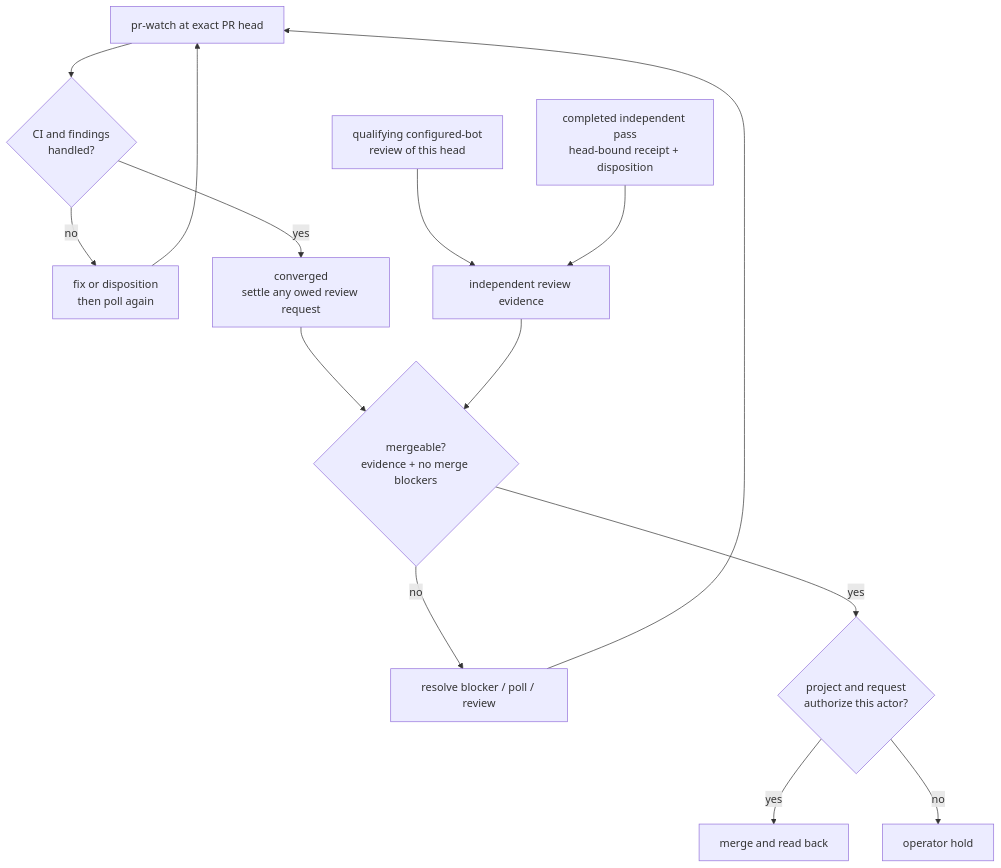
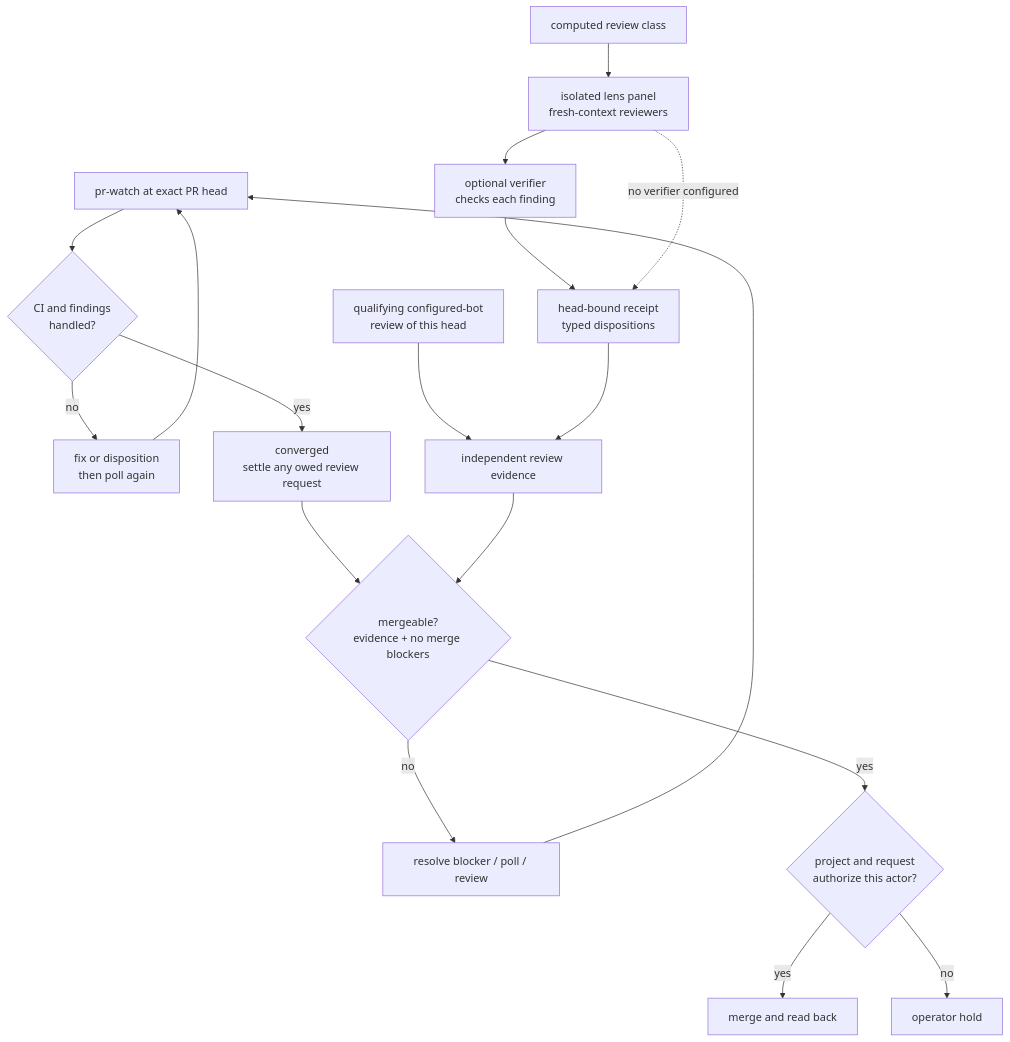
One commit to topij/agentic-dev-kit changed the third of 6 diagrams in docs/architecture.md. Above: the diagram before and after it, drawn with Mermaid. The commit also changed other lines of this file and 6 other files, not shown here.

First line of the commit message:
docs: bring reader guides and diagrams up to date with recent lane, review and cleanup work

````diff
--- a/docs/architecture.md
+++ b/docs/architecture.md
@@ -130,16 +135,20 @@
 ```mermaid
 flowchart TB
     Poll["pr-watch at exact PR head"] --> Loop{"CI and findings<br/>handled?"}
     Loop -->|no| Repair["fix or disposition<br/>then poll again"]
     Repair --> Poll
     Loop -->|yes| Converged["converged<br/>settle any owed review request"]
     Bot["qualifying configured-bot<br/>review of this head"] --> Evidence["independent review evidence"]
-    Receipt["completed independent pass<br/>head-bound receipt + disposition"] --> Evidence
+    Class["computed review class"] --> Lenses["isolated lens panel<br/>fresh-context reviewers"]
+    Lenses --> Verifier["optional verifier<br/>checks each finding"]
+    Verifier --> Receipt["head-bound receipt<br/>typed dispositions"]
+    Lenses -.->|no verifier configured| Receipt
+    Receipt --> Evidence
     Converged --> Gate{"mergeable?<br/>evidence + no merge blockers"}
     Evidence --> Gate
     Gate -->|no| Block["resolve blocker / poll / review"]
     Block --> Poll
     Gate -->|yes| Authority{"project and request<br/>authorize this actor?"}
     Authority -->|yes| Merge["merge and read back"]
     Authority -->|no| Hold["operator hold"]
 ```
````
